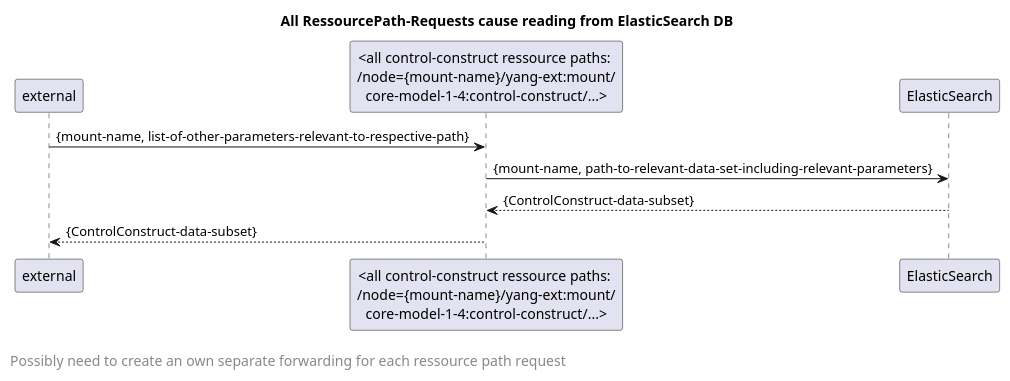
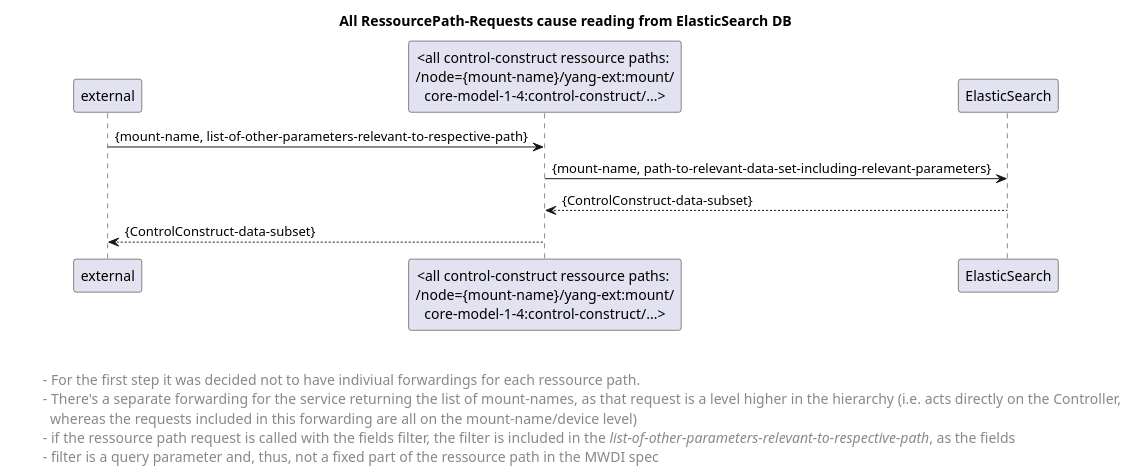
Before and after one commit to openBackhaul/MicroWaveDeviceInventory: the diagram in spec/diagrams/09x_forwardingRessourcePathRequest.plantuml, drawn with PlantUML. The commit also changed 1 other file, not shown here.

Commit message:
more diagram stuff

```diff
--- a/spec/diagrams/09x_forwardingRessourcePathRequest.plantuml
+++ b/spec/diagrams/09x_forwardingRessourcePathRequest.plantuml
@@ -1,23 +1,31 @@
 @startuml
 skinparam responseMessageBelowArrow true
 
 title All RessourcePath-Requests cause reading from ElasticSearch DB
 
 "external" -> "<all control-construct ressource paths: \n/node={mount-name}/yang-ext:mount/\ncore-model-1-4:control-construct/...>": {mount-name, list-of-other-parameters-relevant-to-respective-path}
 
 "<all control-construct ressource paths: \n/node={mount-name}/yang-ext:mount/\ncore-model-1-4:control-construct/...>" -> "ElasticSearch": {mount-name, path-to-relevant-data-set-including-relevant-parameters}
 "ElasticSearch" --> "<all control-construct ressource paths: \n/node={mount-name}/yang-ext:mount/\ncore-model-1-4:control-construct/...>": {ControlConstruct-data-subset}
 
 "<all control-construct ressource paths: \n/node={mount-name}/yang-ext:mount/\ncore-model-1-4:control-construct/...>" --> "external": {ControlConstruct-data-subset}
 
 
-left footer \nPossibly need to create an own separate forwarding for each ressource path request
+left footer 
+
+
+\t - For the first step it was decided not to have indiviual forwardings for each ressource path. 
+\t - There's a separate forwarding for the service returning the list of mount-names, as that request is a level higher in the hierarchy (i.e. acts directly on the Controller, 
+\t   whereas the requests included in this forwarding are all on the mount-name/device level)
+\t - if the ressource path request is called with the fields filter, the filter is included in the <i>list-of-other-parameters-relevant-to-respective-path</i>, as the fields
+\t - filter is a query parameter and, thus, not a fixed part of the ressource path in the MWDI spec
+end footer
 
 <style>
 footer {
   HorizontalAlignment left
   FontSize 14
 }
 </style>
 
 @enduml
```
